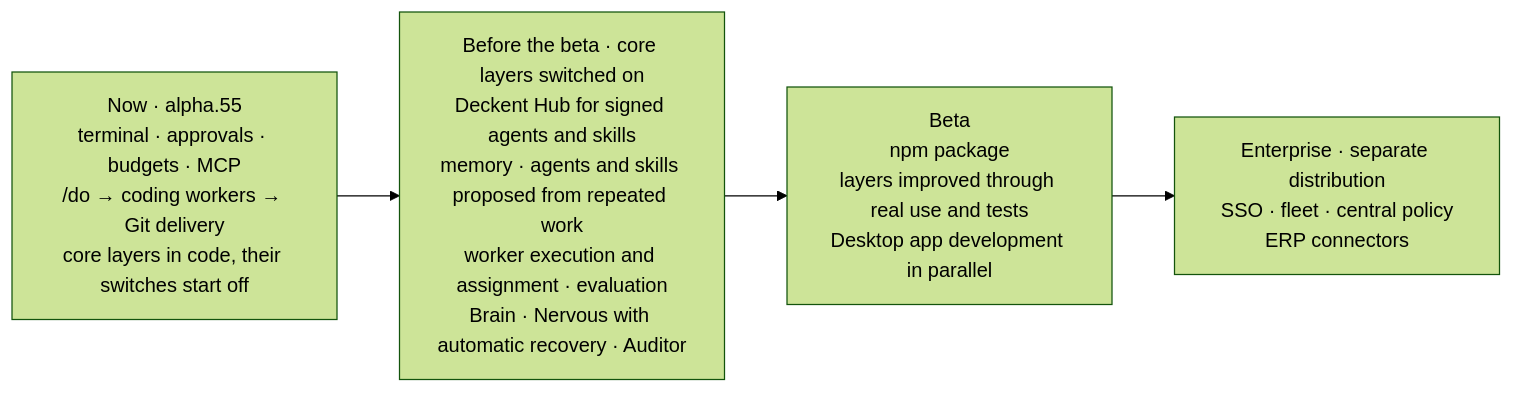
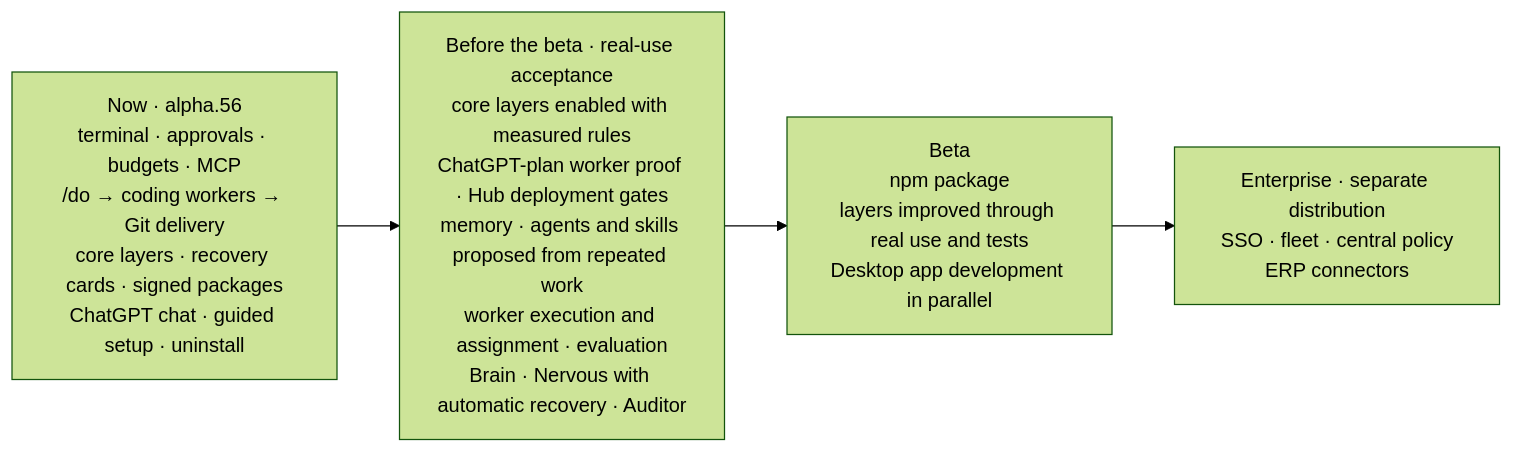
Before and after one commit to Verhex/deckent-next: the sixth of 6 diagrams in README.md, drawn with Mermaid (forest theme). The commit also changed other lines of this file and 10 other files, not shown here.

First line of the commit message:
docs: alpha.56 close-out — completed work moved, changelog, owner and lead decisions of 2026-10-26/27, known limits reconciled

````diff
--- a/README.md
+++ b/README.md
@@ -540,6 +545,6 @@
 ```mermaid
 flowchart LR
-  N["Now · alpha.55<br/>terminal · approvals · budgets · MCP<br/>/do → coding workers → Git delivery<br/>core layers in code, their switches start off"] --> C["Before the beta · core layers switched on<br/>Deckent Hub for signed agents and skills<br/>memory · agents and skills proposed from repeated work<br/>worker execution and assignment · evaluation<br/>Brain · Nervous with automatic recovery · Auditor"]
+  N["Now · alpha.56<br/>terminal · approvals · budgets · MCP<br/>/do → coding workers → Git delivery<br/>core layers · recovery cards · signed packages<br/>ChatGPT chat · guided setup · uninstall"] --> C["Before the beta · real-use acceptance<br/>core layers enabled with measured rules<br/>ChatGPT-plan worker proof · Hub deployment gates<br/>memory · agents and skills proposed from repeated work<br/>worker execution and assignment · evaluation<br/>Brain · Nervous with automatic recovery · Auditor"]
   C --> B["Beta<br/>npm package<br/>layers improved through real use and tests<br/>Desktop app development in parallel"]
   B --> E["Enterprise · separate distribution<br/>SSO · fleet · central policy<br/>ERP connectors"]
 ```
````
